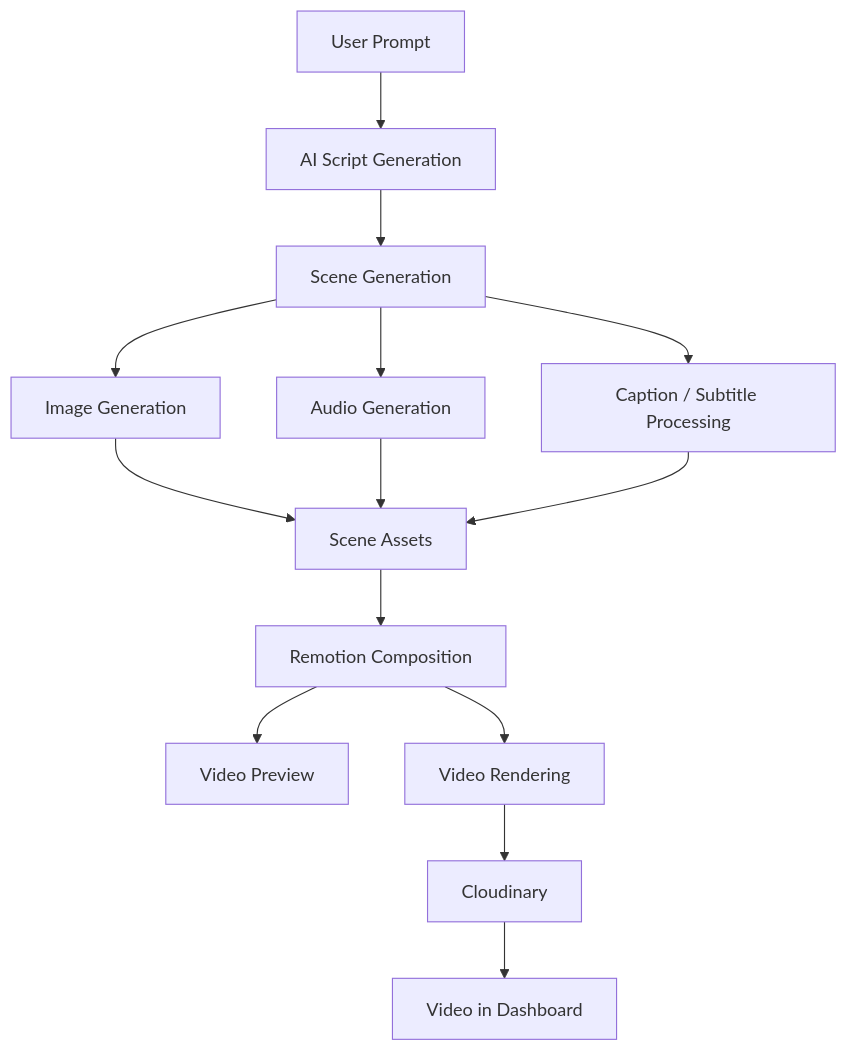
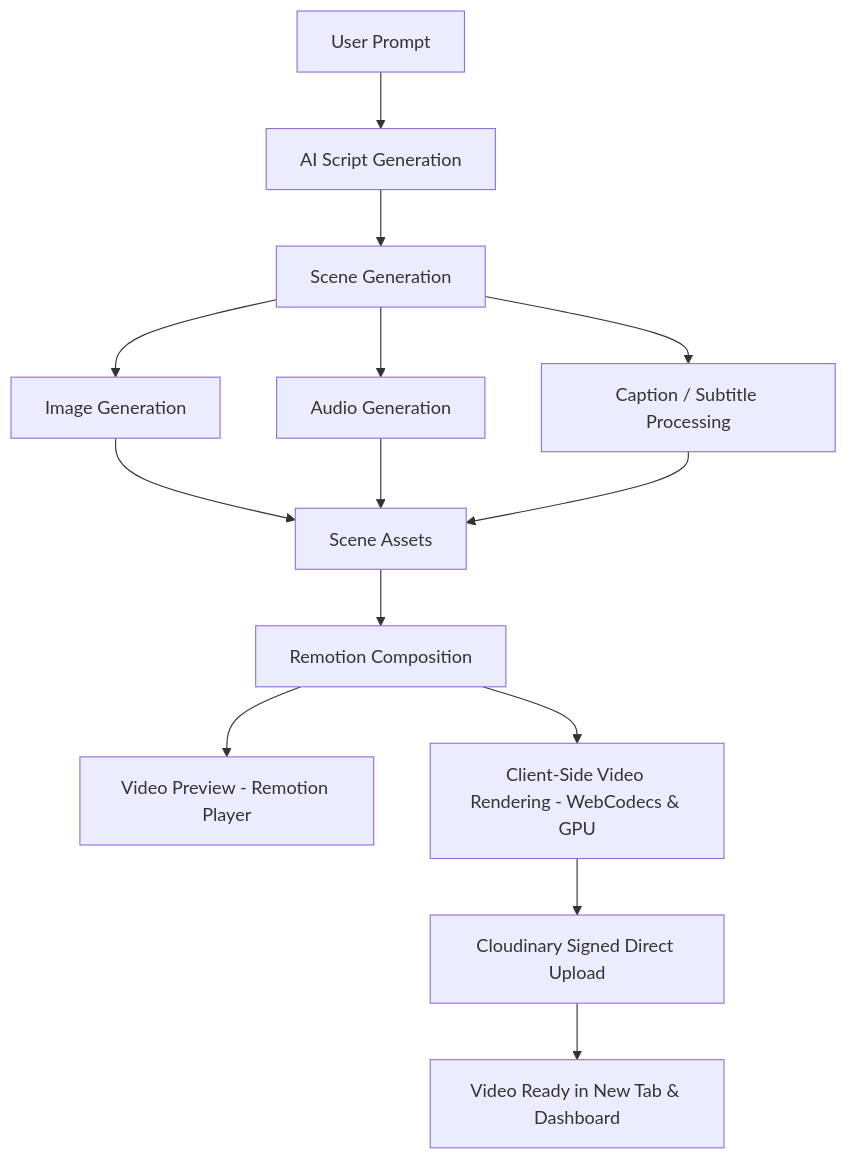
The first of 2 diagrams in README.md (SonCryptoz/ai-video-generator), drawn with Mermaid before and after one commit. The commit also changed other lines of this file and 5 other files, not shown here.

Commit message:
Update README with client-side WebCodecs rendering and Vercel architecture

````diff
--- a/README.md
+++ b/README.md
@@ -64,21 +65,21 @@
 ```mermaid
 graph TD
 
     A[User Prompt] --> B[AI Script Generation]
     B --> C[Scene Generation]
 
     C --> D[Image Generation]
     C --> E[Audio Generation]
     C --> F[Caption / Subtitle Processing]
 
     D --> G[Scene Assets]
     E --> G
     F --> G
 
     G --> H[Remotion Composition]
-    H --> I[Video Preview]
-    H --> J[Video Rendering]
+    H --> I[Video Preview - Remotion Player]
+    H --> J[Client-Side Video Rendering - WebCodecs & GPU]
 
-    J --> K[Cloudinary]
-    K --> L[Video in Dashboard]
+    J --> K[Cloudinary Signed Direct Upload]
+    K --> L[Video Ready in New Tab & Dashboard]
 ```
````
